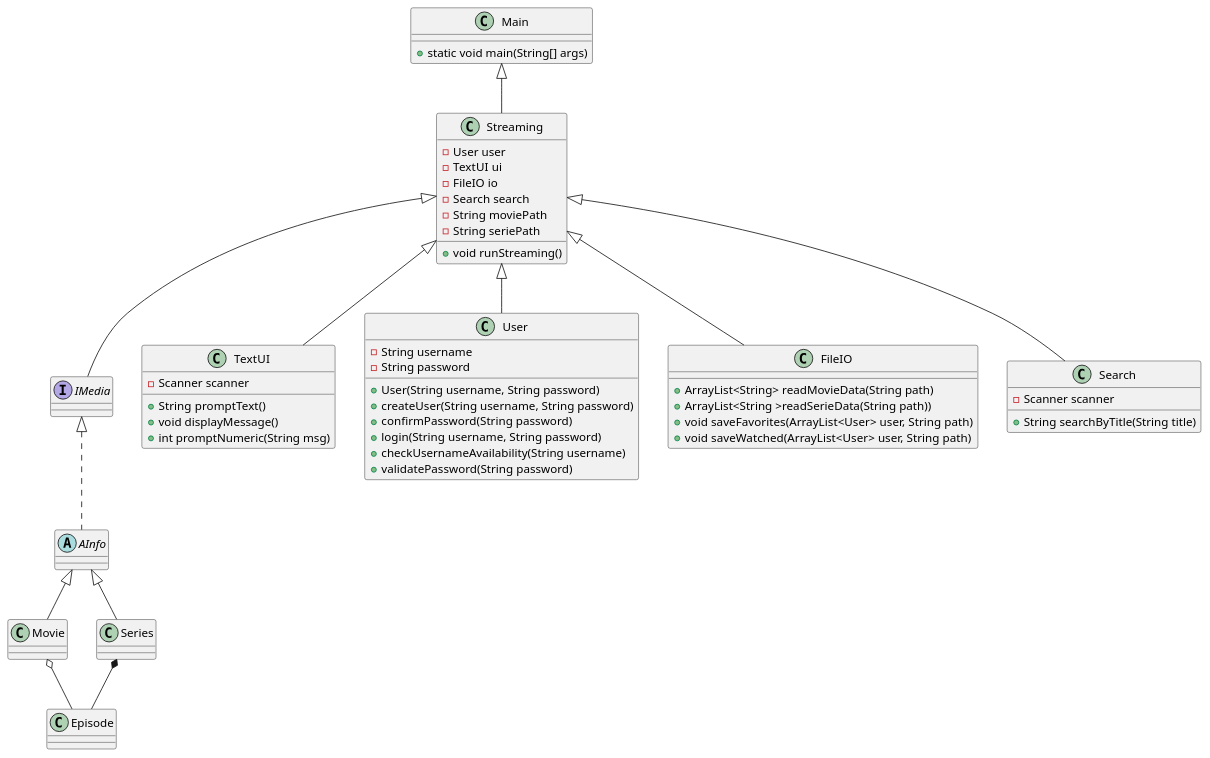
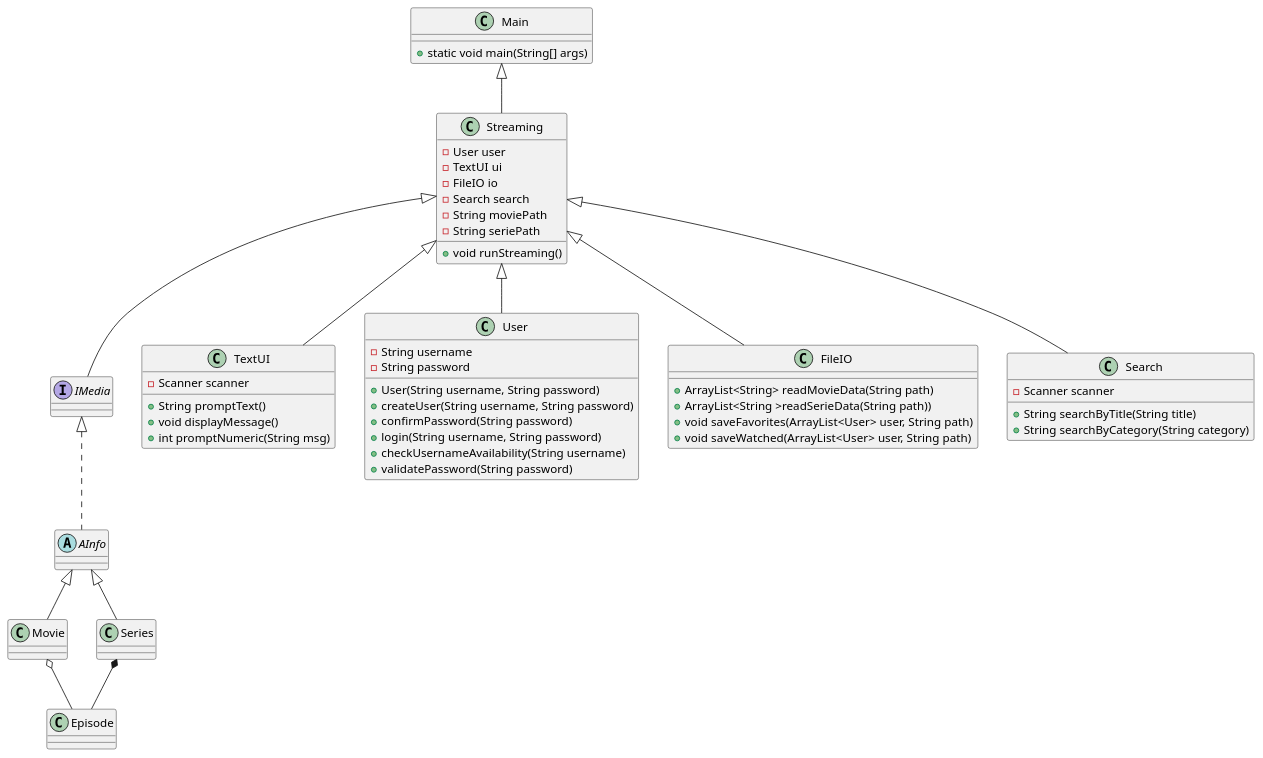
The diagram in Doc/Static/ClassDiagram.puml (mrPrimeBeef/Sem1-Project-MovieStream), drawn with PlantUML before and after one commit. The commit also changed 3 other files, not shown here.

```diff
--- a/Doc/Static/ClassDiagram.puml
+++ b/Doc/Static/ClassDiagram.puml
@@ -1,76 +1,77 @@
 @startuml
 
 interface IMedia {
 }
 
 abstract AInfo {
 }
 
 class Movie {
 }
 
 
 class Series {
 }
 
 class TextUI {
 - Scanner scanner
 + String promptText()
 + void displayMessage()
 + int promptNumeric(String msg)
 }
 
 class User {
 - String username
 - String password
 + User(String username, String password)
 'Methods
 + createUser(String username, String password)
 + confirmPassword(String password)
 + login(String username, String password)
 + checkUsernameAvailability(String username)
 + validatePassword(String password)
 }
 
 class Streaming {
 - User user
 - TextUI ui
 - FileIO io
 - Search search
 - String moviePath
 - String seriePath
 + void runStreaming()
 }
 
 class Main {
 + static void main(String[] args)
 }
 
 class FileIO {
 + ArrayList<String> readMovieData(String path)
 + ArrayList<String >readSerieData(String path))
 + void saveFavorites(ArrayList<User> user, String path)
 + void saveWatched(ArrayList<User> user, String path)
 }
 
 class Search {
 - Scanner scanner
 + String searchByTitle(String title)
++ String searchByCategory(String category)
 }
 class Episode{
 
 }
 
 Main <|-- Streaming
 Streaming <|-- IMedia
 Streaming <|-- User
 Streaming <|-- Search
 Streaming <|-- TextUI
 IMedia <|.. AInfo
 Streaming <|-- FileIO
 AInfo <|-- Movie
 AInfo <|-- Series
 Series *-- Episode
 Movie o-- Episode
 
 @enduml
```
